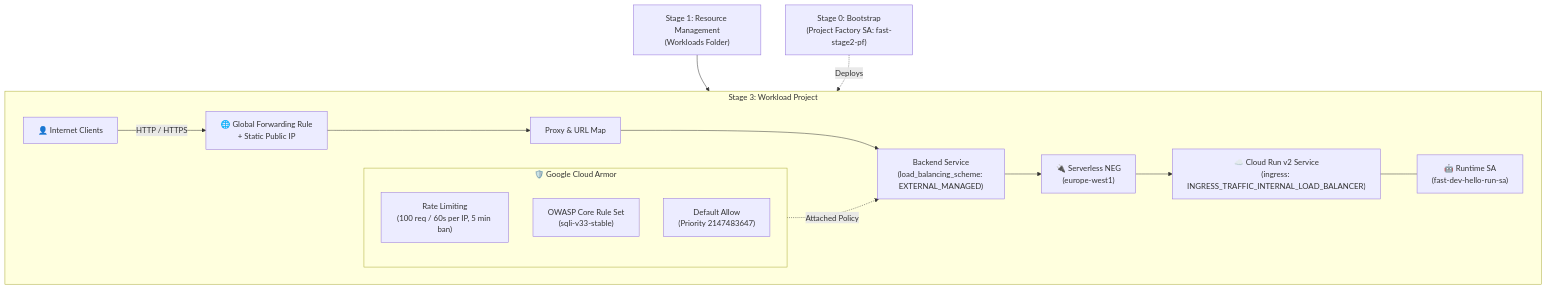
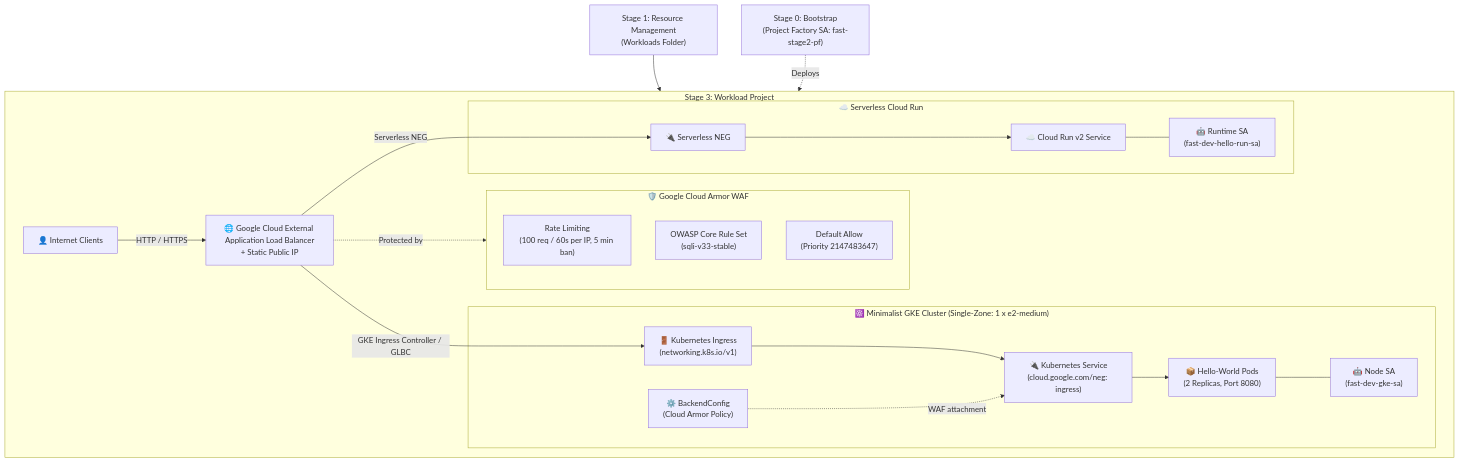
The diagram in 3-workloads/README.md (teemu61/fast-test), drawn with Mermaid before and after one commit. The commit also changed other lines of this file and 17 other files, not shown here.

First line of the commit message:
feat(3-workloads): add minimalist GKE cluster with Hello World Ingress and Load Balancer

````diff
--- a/3-workloads/README.md
+++ b/3-workloads/README.md
@@ -14,23 +16,42 @@
 ```mermaid
 flowchart TD
     S1["Stage 1: Resource Management\n(Workloads Folder)"] --> S3["Stage 3: Workload Project\n(fast-dev-app)"]
     S0["Stage 0: Bootstrap\n(Project Factory SA: fast-stage2-pf)"] -.->|Deploys| S3
 
     subgraph S3["Stage 3: Workload Project"]
-        User["👤 Internet Clients"] -->|HTTP / HTTPS| FW["🌐 Global Forwarding Rule\n+ Static Public IP"]
-        FW --> TP["Proxy & URL Map"]
-        TP --> BS["Backend Service\n(load_balancing_scheme: EXTERNAL_MANAGED)"]
+        User["👤 Internet Clients"] -->|HTTP / HTTPS| LB["🌐 Google Cloud External Application Load Balancer\n+ Static Public IP"]
         
-        subgraph Armor["🛡️ Google Cloud Armor"]
+        subgraph Armor["🛡️ Google Cloud Armor WAF"]
             RL["Rate Limiting\n(100 req / 60s per IP, 5 min ban)"]
             SQLi["OWASP Core Rule Set\n(sqli-v33-stable)"]
             DEF["Default Allow\n(Priority 2147483647)"]
         end
 
-        Armor -.->|Attached Policy| BS
-        BS --> NEG["🔌 Serverless NEG\n(europe-west1)"]
-        NEG --> CR["☁️ Cloud Run v2 Service\n(ingress: INGRESS_TRAFFIC_INTERNAL_LOAD_BALANCER)"]
-        SA["🤖 Runtime SA\n(fast-dev-hello-run-sa)"]
-        CR --- SA
+        LB -.->|Protected by| Armor
+
+        subgraph GKE["☸️ Minimalist GKE Cluster (Single-Zone: 1 x e2-medium)"]
+            ING["🚪 Kubernetes Ingress\n(networking.k8s.io/v1)"]
+            BC["⚙️ BackendConfig\n(Cloud Armor Policy)"]
+            SVC["🔌 Kubernetes Service\n(cloud.google.com/neg: ingress)"]
+            DEP["📦 Hello-World Pods\n(2 Replicas, Port 8080)"]
+            SA_GKE["🤖 Node SA\n(fast-dev-gke-sa)"]
+
+            ING --> SVC
+            BC -.->|WAF attachment| SVC
+            SVC --> DEP
+            DEP --- SA_GKE
+        end
+
+        subgraph CR["☁️ Serverless Cloud Run"]
+            NEG["🔌 Serverless NEG"]
+            CR_SVC["☁️ Cloud Run v2 Service"]
+            SA_CR["🤖 Runtime SA\n(fast-dev-hello-run-sa)"]
+
+            NEG --> CR_SVC
+            CR_SVC --- SA_CR
+        end
+
+        LB -->|GKE Ingress Controller / GLBC| ING
+        LB -->|Serverless NEG| NEG
     end
 ```
````
